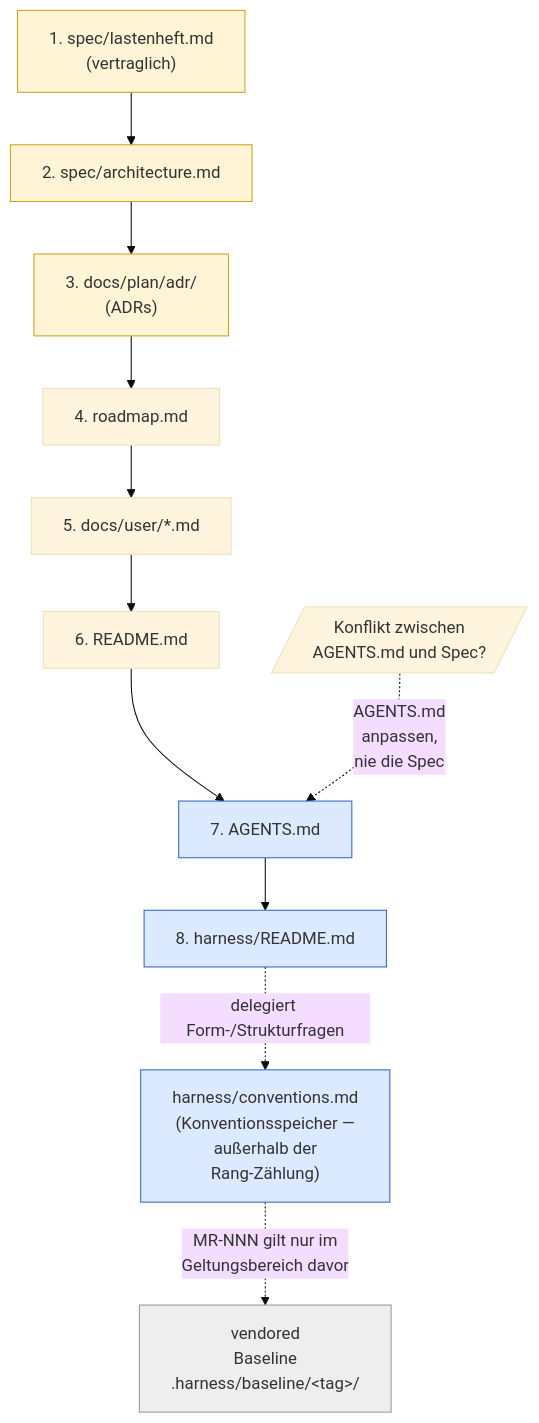
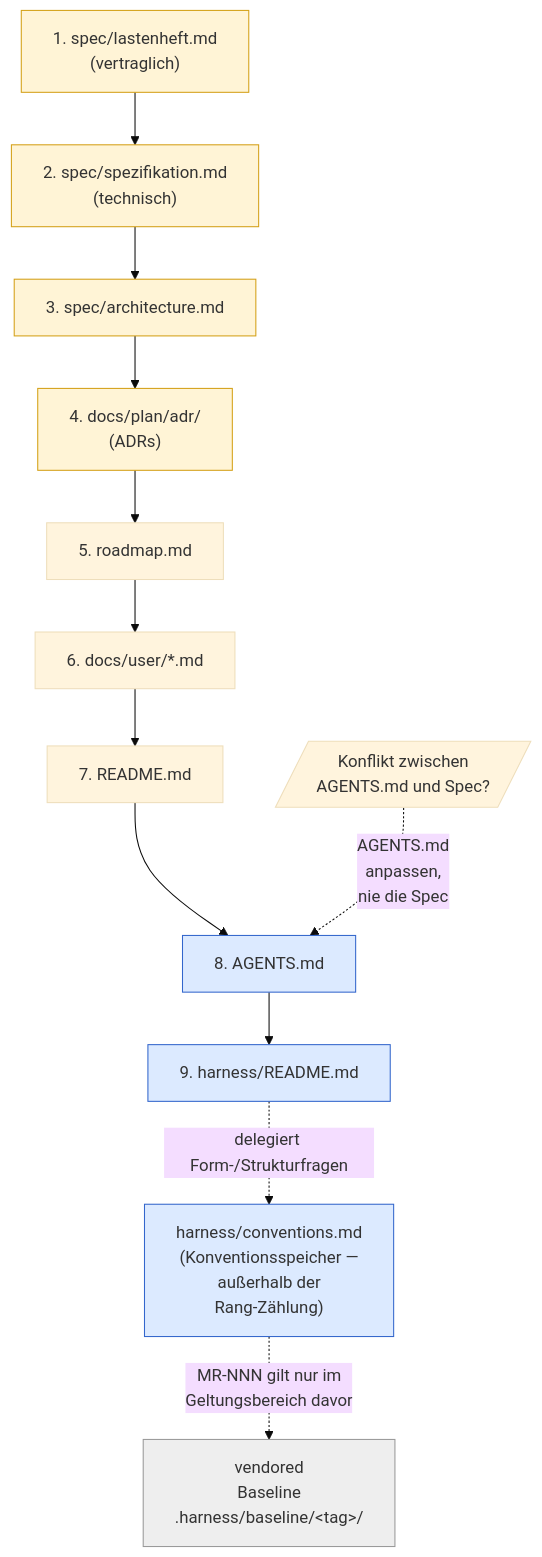
The first of 6 diagrams in kurs/de/grundlagen/konventionen.md (pt9912/ai-harness-course), drawn with Mermaid (base theme) before and after one commit. The commit also changed other lines of this file and 49 other files, not shown here.

````diff
--- a/kurs/de/grundlagen/konventionen.md
+++ b/kurs/de/grundlagen/konventionen.md
@@ -155,25 +154,27 @@
 ```mermaid
 flowchart TD
-    L["1. spec/lastenheft.md<br/>(vertraglich)"] --> S["2. spec/architecture.md"]
-    S --> A["3. docs/plan/adr/<br/>(ADRs)"]
-    A --> R["4. roadmap.md"]
-    R --> U["5. docs/user/*.md"]
-    U --> RM["6. README.md"]
-    RM --> AG["7. AGENTS.md"]
-    AG --> H["8. harness/README.md"]
+    L["1. spec/lastenheft.md<br/>(vertraglich)"] --> T["2. spec/spezifikation.md<br/>(technisch)"]
+    T --> S["3. spec/architecture.md"]
+    S --> A["4. docs/plan/adr/<br/>(ADRs)"]
+    A --> R["5. roadmap.md"]
+    R --> U["6. docs/user/*.md"]
+    U --> RM["7. README.md"]
+    RM --> AG["8. AGENTS.md"]
+    AG --> H["9. harness/README.md"]
     H -. "delegiert Form-/Strukturfragen" .->
     C["harness/conventions.md<br/>(Konventionsspeicher —<br/>außerhalb der
     Rang-Zählung)"]
     C -. "MR-NNN gilt nur im<br/>Geltungsbereich davor" .-> B["vendored
     Baseline<br/>.harness/baseline/&lt;tag&gt;/"]
     style L fill:#fff4d6,stroke:#d4a017
+    style T fill:#fff4d6,stroke:#d4a017
     style S fill:#fff4d6,stroke:#d4a017
     style A fill:#fff4d6,stroke:#d4a017
     style AG fill:#dceaff,stroke:#3366cc
     style H fill:#dceaff,stroke:#3366cc
     style C fill:#dceaff,stroke:#3366cc
     style B fill:#eeeeee,stroke:#999999
 
     Conflict[/"Konflikt zwischen<br/>AGENTS.md und Spec?"/] -. "AGENTS.md
     anpassen,<br/>nie die Spec" .-> AG
 ```
````
